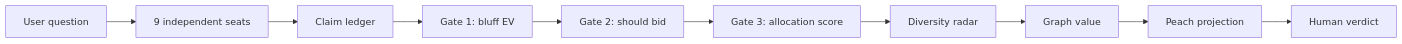
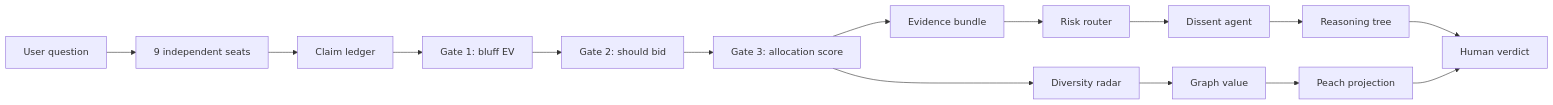
The first of 4 diagrams in docs/ARCHITECTURE.md (reguorider-gif/ai-judge), drawn with Mermaid before and after one commit. The commit also changed other lines of this file and 56 other files, not shown here.

````diff
--- a/docs/ARCHITECTURE.md
+++ b/docs/ARCHITECTURE.md
@@ -5,12 +5,17 @@
 ```mermaid
 flowchart LR
     Q["User question"] --> S["9 independent seats"]
     S --> L["Claim ledger"]
     L --> G1["Gate 1: bluff EV"]
     G1 --> G2["Gate 2: should bid"]
     G2 --> G3["Gate 3: allocation score"]
+    G3 --> E["Evidence bundle"]
+    E --> R["Risk router"]
+    R --> X["Dissent agent"]
+    X --> T["Reasoning tree"]
     G3 --> D["Diversity radar"]
     D --> V["Graph value"]
     V --> P["Peach projection"]
-    P --> H["Human verdict"]
+    T --> H["Human verdict"]
+    P --> H
 ```
````
